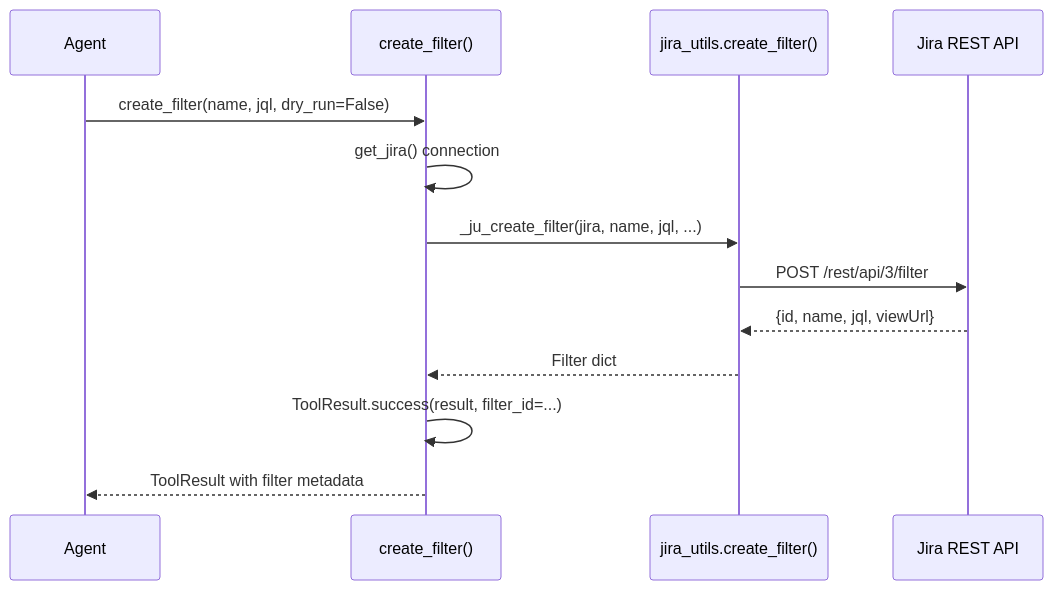
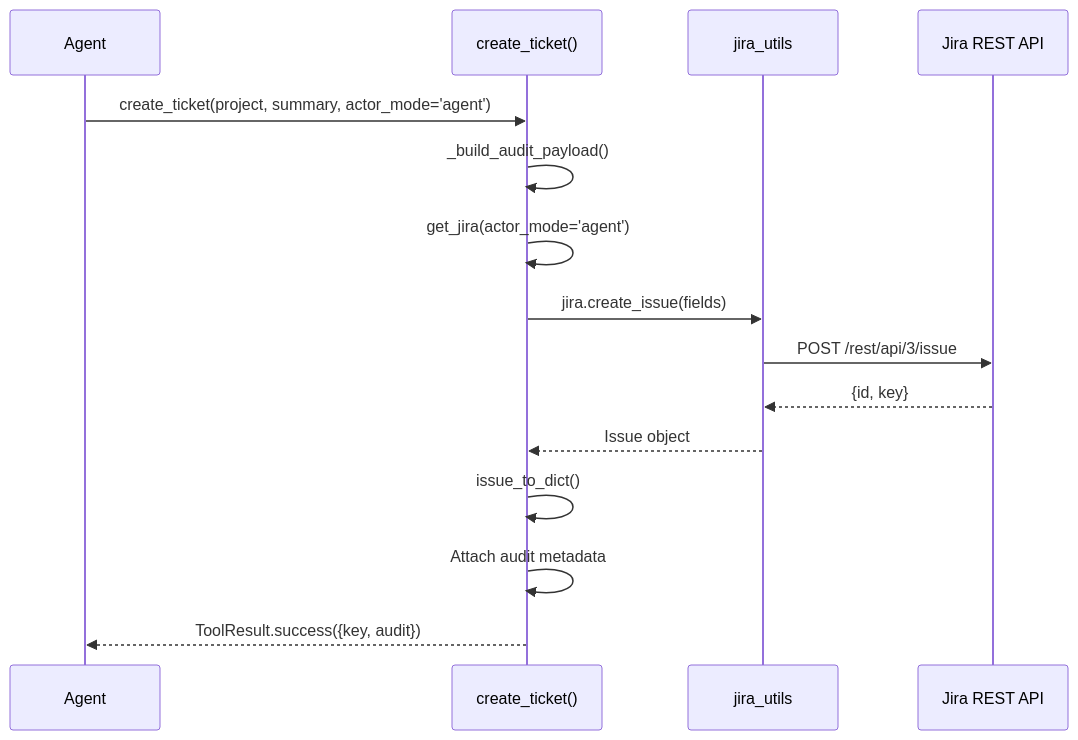
Before and after one commit to jmac-cornelis/agent-workforce: the third of 4 diagrams in docs/tools.md, drawn with Mermaid. The commit also changed other lines of this file and 4 other files, not shown here.

````diff
--- a/docs/tools.md
+++ b/docs/tools.md
@@ -97,16 +107,18 @@
 ```mermaid
 sequenceDiagram
-    participant Agent
-    participant Tool as create_filter()
-    participant JiraUtils as jira_utils.create_filter()
-    participant JiraAPI as Jira REST API
+    participant Agent as Agent
+    participant Tool as create_ticket()
+    participant Jira as jira_utils
+    participant API as Jira REST API
     
-    Agent->>Tool: create_filter(name, jql, dry_run=False)
-    Tool->>Tool: get_jira() connection
-    Tool->>JiraUtils: _ju_create_filter(jira, name, jql, ...)
-    JiraUtils->>JiraAPI: POST /rest/api/3/filter
-    JiraAPI-->>JiraUtils: {id, name, jql, viewUrl}
-    JiraUtils-->>Tool: Filter dict
-    Tool->>Tool: ToolResult.success(result, filter_id=...)
-    Tool-->>Agent: ToolResult with filter metadata
+    Agent->>Tool: create_ticket(project, summary, actor_mode='agent')
+    Tool->>Tool: _build_audit_payload()
+    Tool->>Tool: get_jira(actor_mode='agent')
+    Tool->>Jira: jira.create_issue(fields)
+    Jira->>API: POST /rest/api/3/issue
+    API-->>Jira: {id, key}
+    Jira-->>Tool: Issue object
+    Tool->>Tool: issue_to_dict()
+    Tool->>Tool: Attach audit metadata
+    Tool-->>Agent: ToolResult.success({key, audit})
 ```
````
